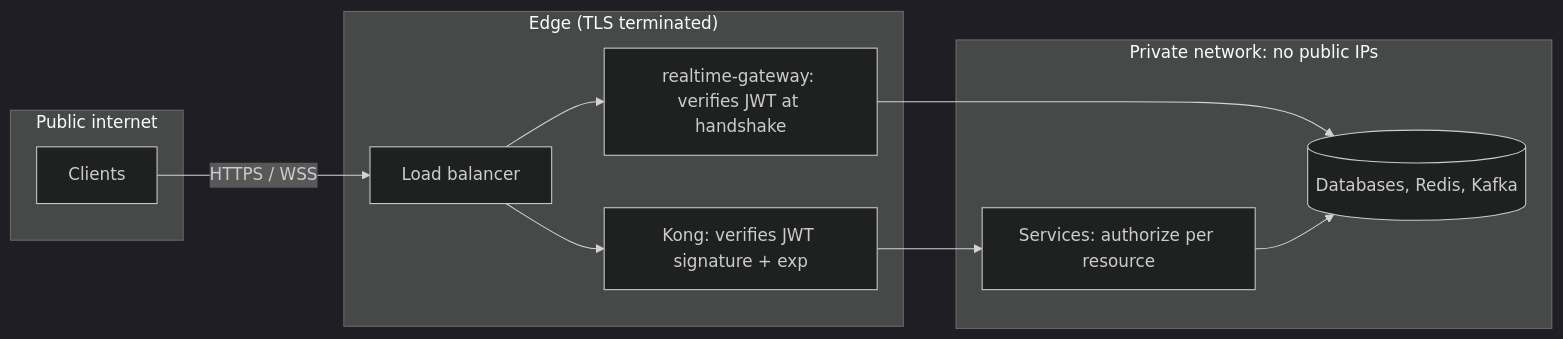
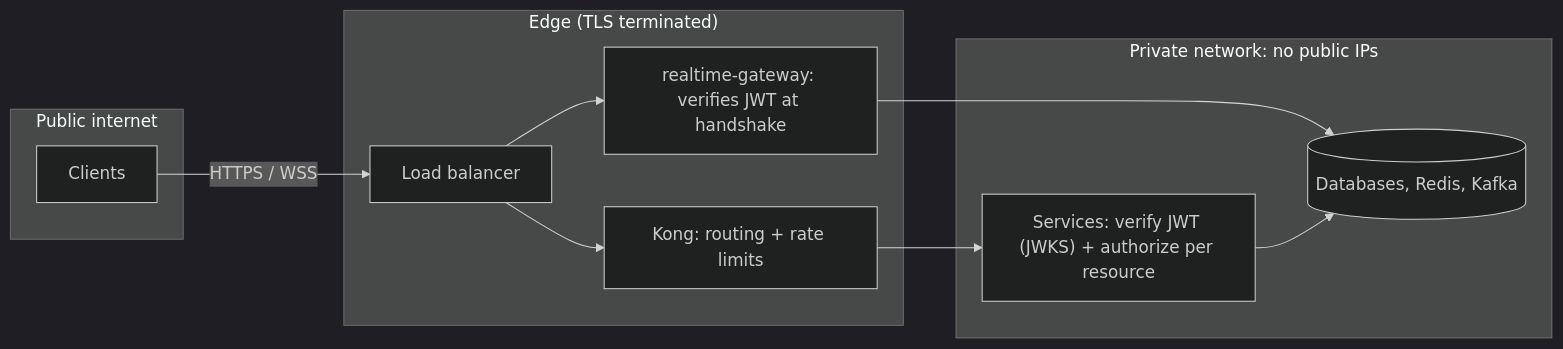
Before and after one commit to beab1212/Anbessa: diagram 13 of 17 in docs/architecture/overview.md, drawn with Mermaid (dark theme). The commit also changed other lines of this file and 9 other files, not shown here.

Commit message:
Refactor authentication documentation to outline the transition to Better Auth, detailing planned features such as phone OTP, staff 2FA, and JWT signing with JWKS. Update related design documents and clarify the current state of auth-service and its integration with other services.

````diff
--- a/docs/architecture/overview.md
+++ b/docs/architecture/overview.md
@@ -468,19 +471,19 @@
 ```mermaid
 flowchart LR
   subgraph Public["Public internet"]
     C[Clients]
   end
   subgraph EdgeZ["Edge (TLS terminated)"]
     LB[Load balancer]
-    Kong["Kong: verifies JWT signature + exp"]
+    Kong["Kong: routing + rate limits"]
     RT["realtime-gateway: verifies JWT at handshake"]
   end
   subgraph Private["Private network: no public IPs"]
-    S["Services: authorize per resource"]
+    S["Services: verify JWT (JWKS) + authorize per resource"]
     D[(Databases, Redis, Kafka)]
   end
   C -->|HTTPS / WSS| LB --> Kong & RT
   Kong --> S
   RT --> D
   S --> D
 ```
````
